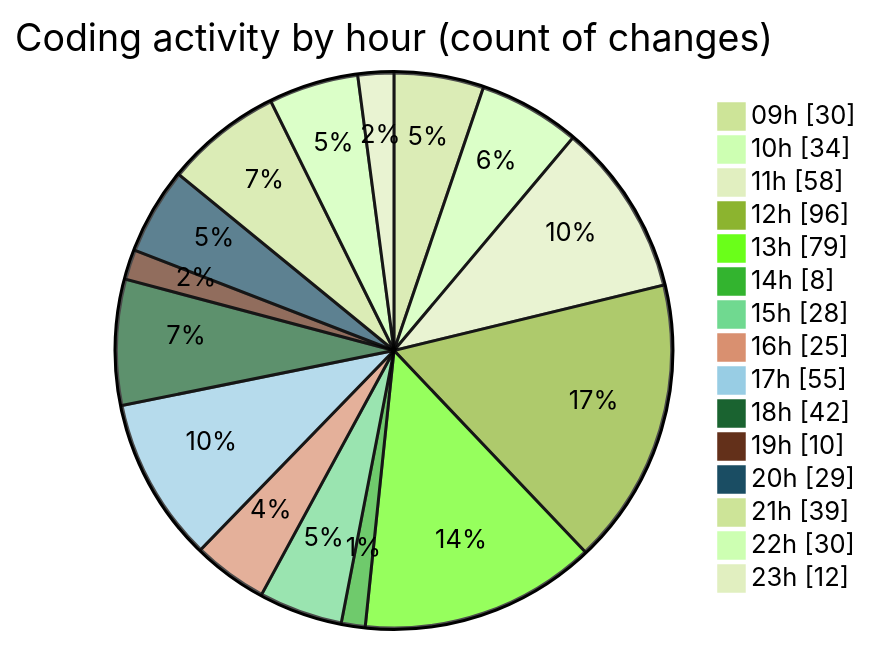
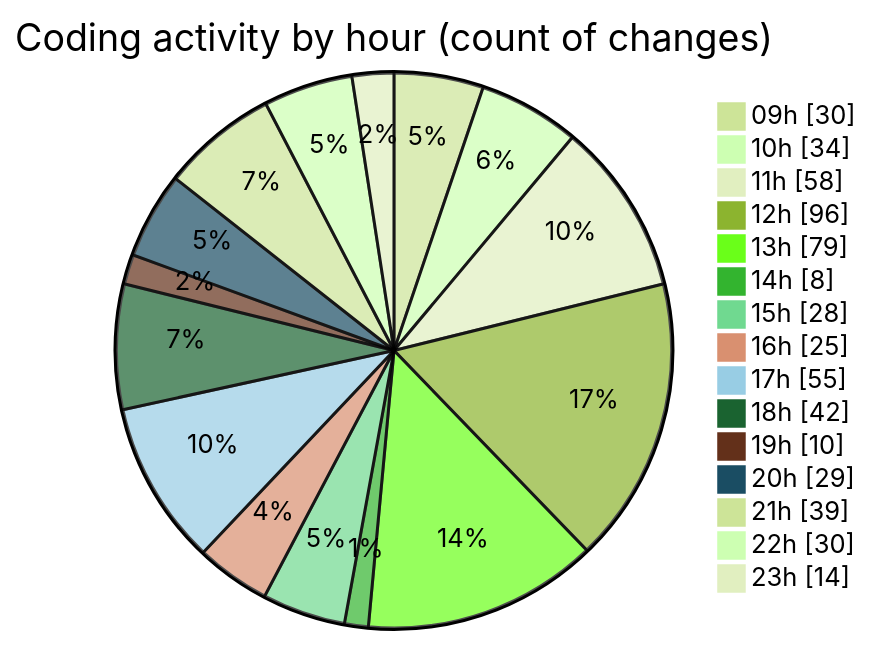
Before and after one commit to momahboobian/code-tracking: the second of 2 diagrams in 2025-04-02/cda/README.md, drawn with Mermaid (forest theme). The commit also changed other lines of this file and 1 other file, not shown here.

````diff
--- a/2025-04-02/cda/README.md
+++ b/2025-04-02/cda/README.md
@@ -40,19 +40,19 @@
 ```mermaid
 pie showData
 title Coding activity by hour (count of changes)
 "09h" : 30
 "10h" : 34
 "11h" : 58
 "12h" : 96
 "13h" : 79
 "14h" : 8
 "15h" : 28
 "16h" : 25
 "17h" : 55
 "18h" : 42
 "19h" : 10
 "20h" : 29
 "21h" : 39
 "22h" : 30
-"23h" : 12
+"23h" : 14
 ```
````
